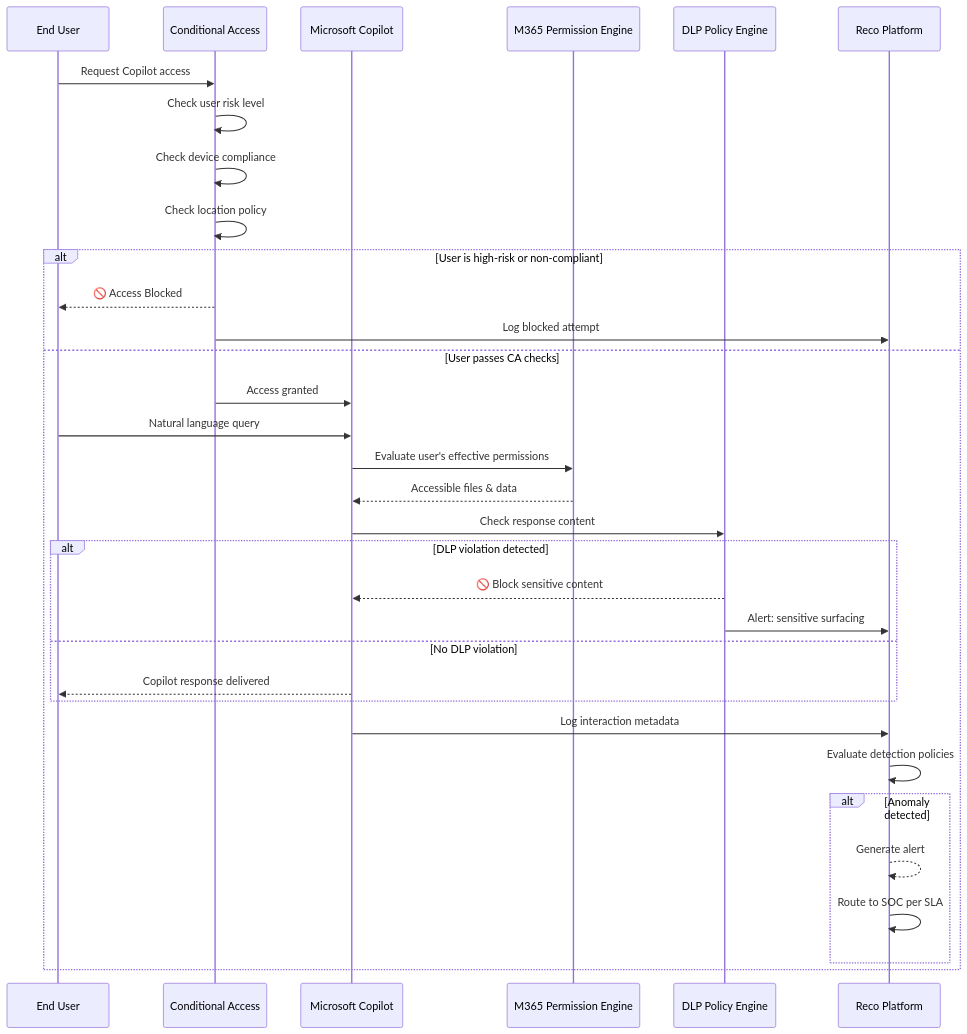
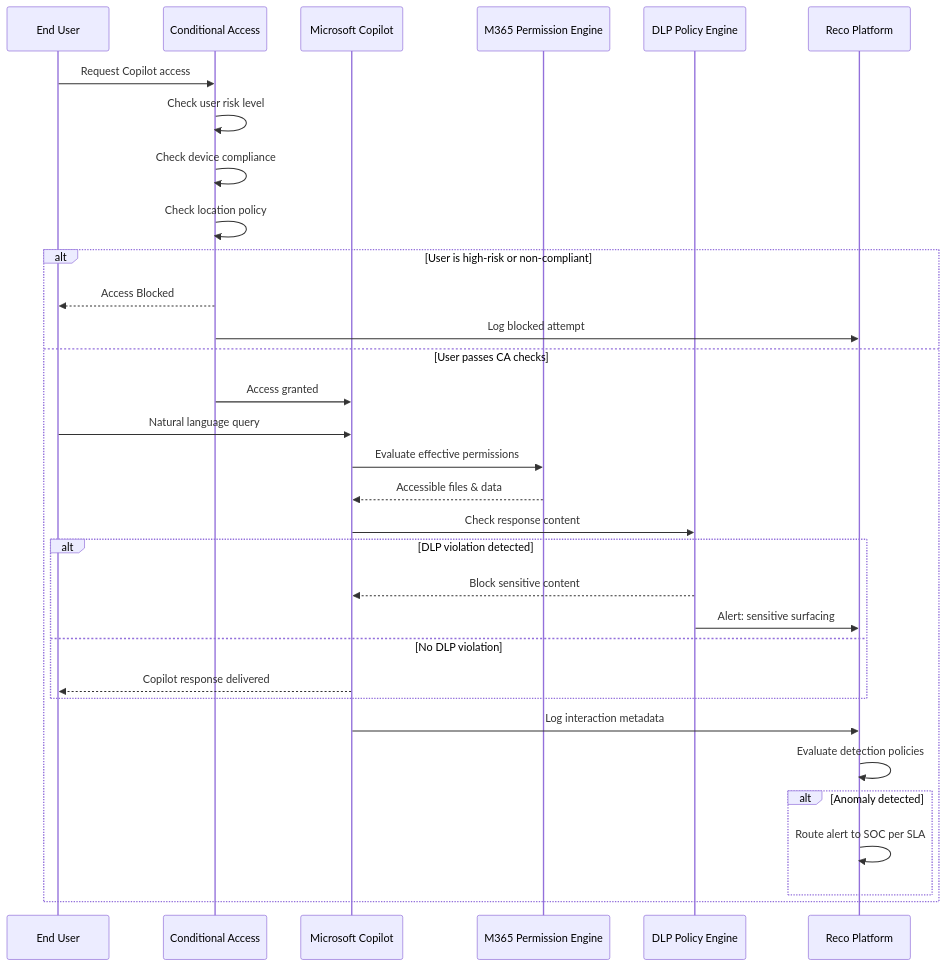
Before and after one commit to growtika/secure-microsoft-copilot-with-reco: the second of 2 diagrams in README.md, drawn with Mermaid. The commit also changed other lines of this file and 16 other files, not shown here.

````diff
--- a/README.md
+++ b/README.md
@@ -424,37 +141,36 @@
 ```mermaid
 sequenceDiagram
     participant U as End User
     participant CA as Conditional Access
     participant CP as Microsoft Copilot
     participant M365 as M365 Permission Engine
     participant DLP as DLP Policy Engine
     participant R as Reco Platform
 
     U->>CA: Request Copilot access
     CA->>CA: Check user risk level
     CA->>CA: Check device compliance
     CA->>CA: Check location policy
 
     alt User is high-risk or non-compliant
-        CA-->>U: 🚫 Access Blocked
+        CA-->>U: Access Blocked
         CA->>R: Log blocked attempt
     else User passes CA checks
         CA->>CP: Access granted
         U->>CP: Natural language query
-        CP->>M365: Evaluate user's effective permissions
+        CP->>M365: Evaluate effective permissions
         M365-->>CP: Accessible files & data
         CP->>DLP: Check response content
         alt DLP violation detected
-            DLP-->>CP: 🚫 Block sensitive content
+            DLP-->>CP: Block sensitive content
             DLP->>R: Alert: sensitive surfacing
         else No DLP violation
             CP-->>U: Copilot response delivered
         end
         CP->>R: Log interaction metadata
         R->>R: Evaluate detection policies
         alt Anomaly detected
-            R-->>R: Generate alert
-            R->>R: Route to SOC per SLA
+            R->>R: Route alert to SOC per SLA
         end
     end
 ```
````
